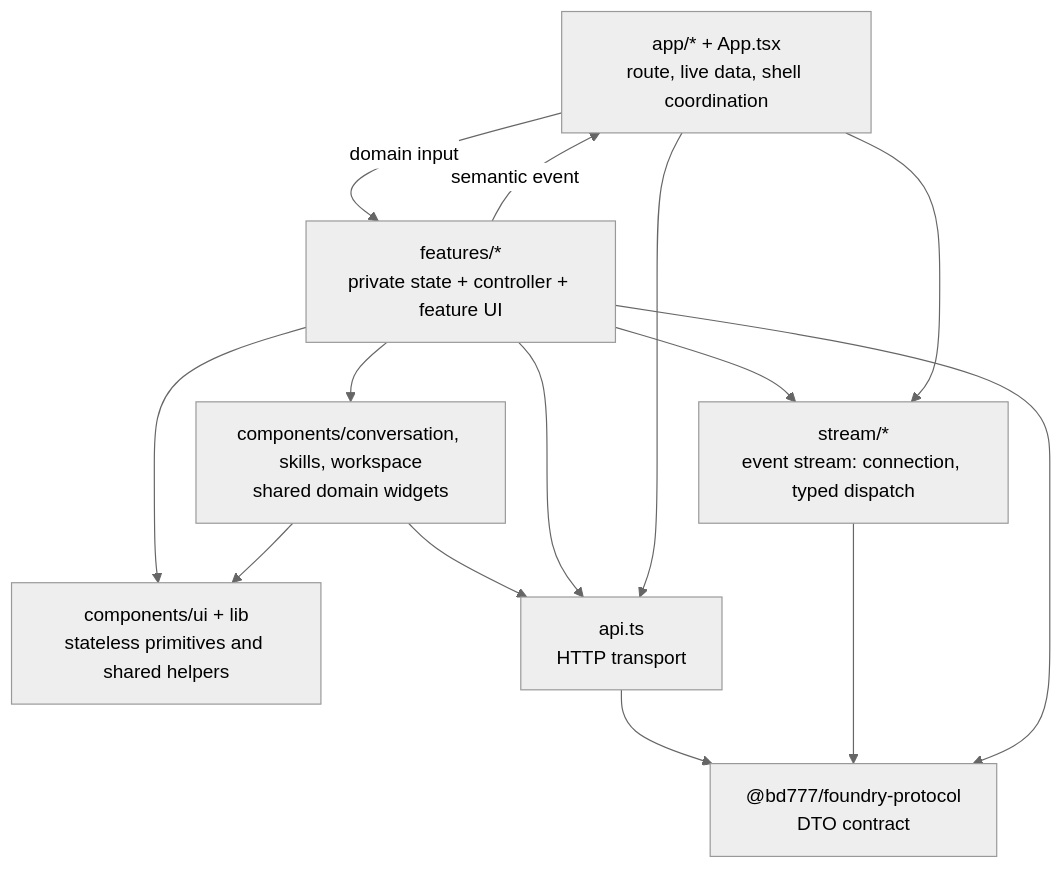
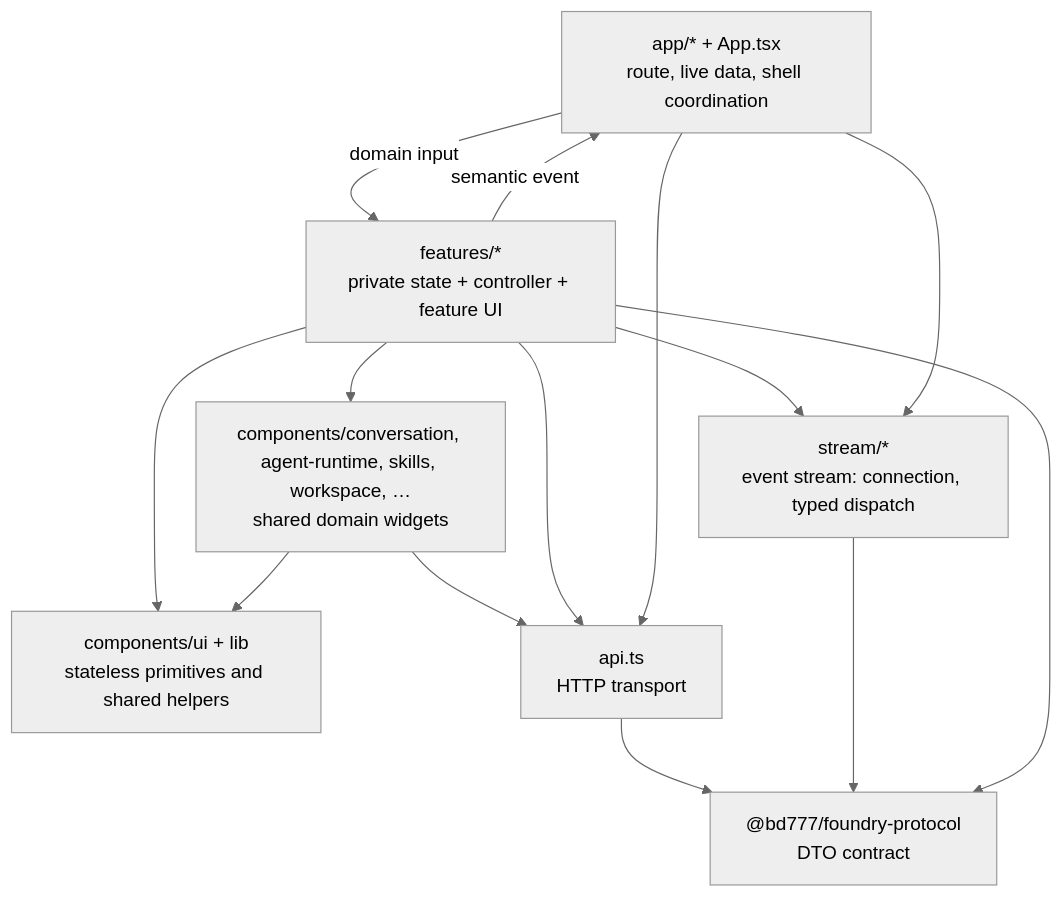
Before and after one commit to BD777/foundry: the diagram in apps/web/src/ARCHITECTURE.md, drawn with Mermaid (neutral theme). The commit also changed other lines of this file and 1611 other files, not shown here.

````diff
--- a/apps/web/src/ARCHITECTURE.md
+++ b/apps/web/src/ARCHITECTURE.md
@@ -7,24 +7,24 @@
 ```mermaid
 flowchart TB
   APP["app/* + App.tsx\nroute, live data, shell coordination"]
   FEATURE["features/*\nprivate state + controller + feature UI"]
-  WIDGETS["components/conversation, skills, workspace\nshared domain widgets"]
+  WIDGETS["components/conversation, agent-runtime, skills, workspace, …\nshared domain widgets"]
   SHARED["components/ui + lib\nstateless primitives and shared helpers"]
   API["api.ts\nHTTP transport"]
   STREAM["stream/*\nevent stream: connection, typed dispatch"]
   PROTOCOL["@bd777/foundry-protocol\nDTO contract"]
 
   APP -->|domain input| FEATURE
   FEATURE -->|semantic event| APP
   FEATURE --> WIDGETS
   FEATURE --> SHARED
   WIDGETS --> SHARED
   WIDGETS --> API
   FEATURE --> API
   FEATURE --> STREAM
   APP --> API
   APP --> STREAM
   API --> PROTOCOL
   STREAM --> PROTOCOL
   FEATURE --> PROTOCOL
 ```
````
